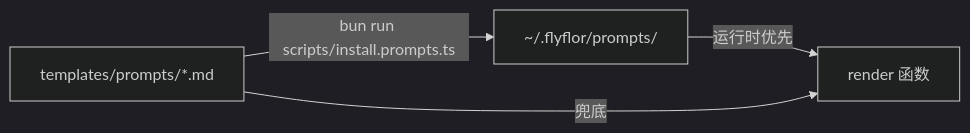
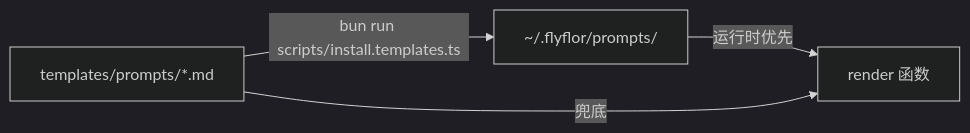
The second of 2 diagrams in docs/prompt.templates.md (flyflor/flyflor), drawn with Mermaid (dark theme) before and after one commit. The commit also changed other lines of this file and 68 other files, not shown here.

````diff
--- a/docs/prompt.templates.md
+++ b/docs/prompt.templates.md
@@ -50,6 +52,6 @@
 ```mermaid
 flowchart LR
-    Builtin["templates/prompts/*.md"] -- bun run scripts/install.prompts.ts --> Userdir["~/.flyflor/prompts/"]
+    Builtin["templates/prompts/*.md"] -- bun run scripts/install.templates.ts --> Userdir["~/.flyflor/prompts/"]
     Userdir -- 运行时优先 --> Render["render 函数"]
     Builtin -- 兜底 --> Render
 ```
````
